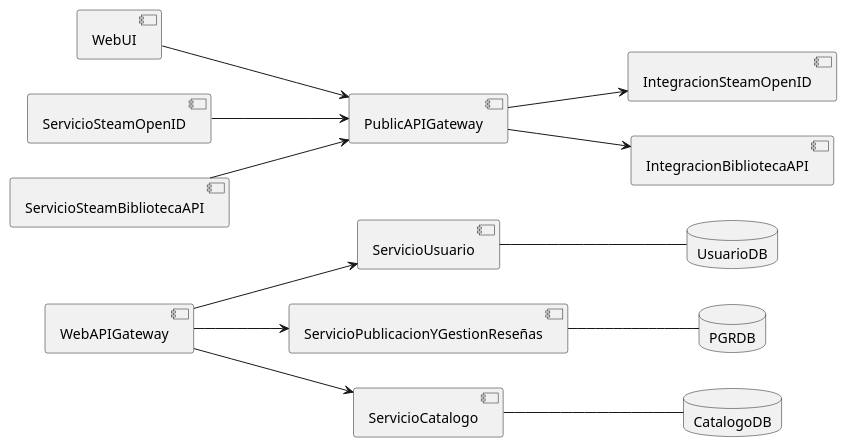
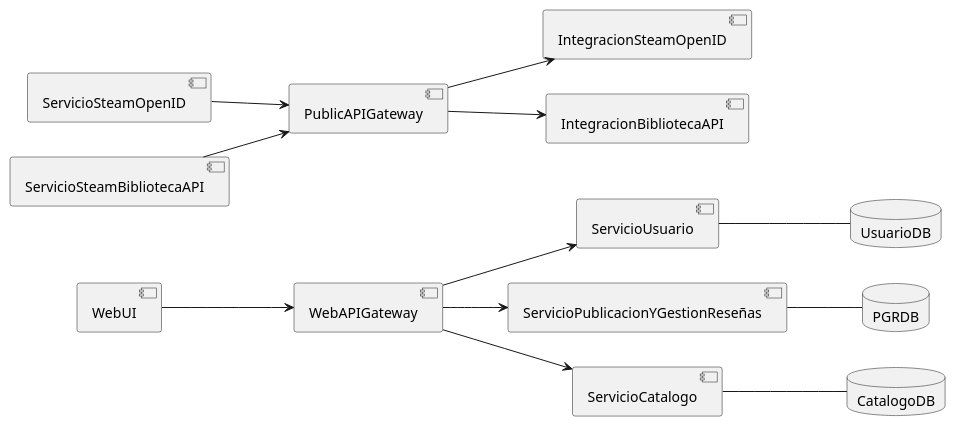
One commit to ScursatoneGino16/SeminarioIntegrador2026 changed the diagram in DIagramas/DiagramaDeComponentes.plantuml. Above: the diagram before and after it, drawn with PlantUML. The commit also changed 2 other files, not shown here.

Commit message:
Diagrama de Componentes (Revisar)
Pendiente de Revision

```diff
--- a/DIagramas/DiagramaDeComponentes.plantuml
+++ b/DIagramas/DiagramaDeComponentes.plantuml
@@ -1,32 +1,32 @@
 @startuml DiagramaDeComponentes
 left to right direction
 component "ServicioUsuario"
 component "ServicioPublicacionYGestionReseñas"
 component "ServicioCatalogo"
 component "IntegracionSteamOpenID"
 component "WebAPIGateway"
 component "PublicAPIGateway"
 component "WebUI"
 component "IntegracionBibliotecaAPI"
 component "ServicioSteamOpenID"
 component "ServicioSteamBibliotecaAPI"
 
 "WebAPIGateway" --> "ServicioCatalogo"
 "WebAPIGateway" --> "ServicioUsuario"
 "WebAPIGateway" --> "ServicioPublicacionYGestionReseñas"
 
 "PublicAPIGateway" --> "IntegracionBibliotecaAPI"
 "PublicAPIGateway" --> "IntegracionSteamOpenID"
 
-"WebUI" --> "PublicAPIGateway"
+"WebUI" --> "WebAPIGateway"
 "ServicioSteamOpenID" --> "PublicAPIGateway"
 "ServicioSteamBibliotecaAPI" --> "PublicAPIGateway"
 
 database "CatalogoDB"
 database "UsuarioDB"
 database "PGRDB"
 "ServicioCatalogo" -- "CatalogoDB"
 "ServicioUsuario" -- "UsuarioDB"
 "ServicioPublicacionYGestionReseñas" -- "PGRDB"
 
 @enduml
```
